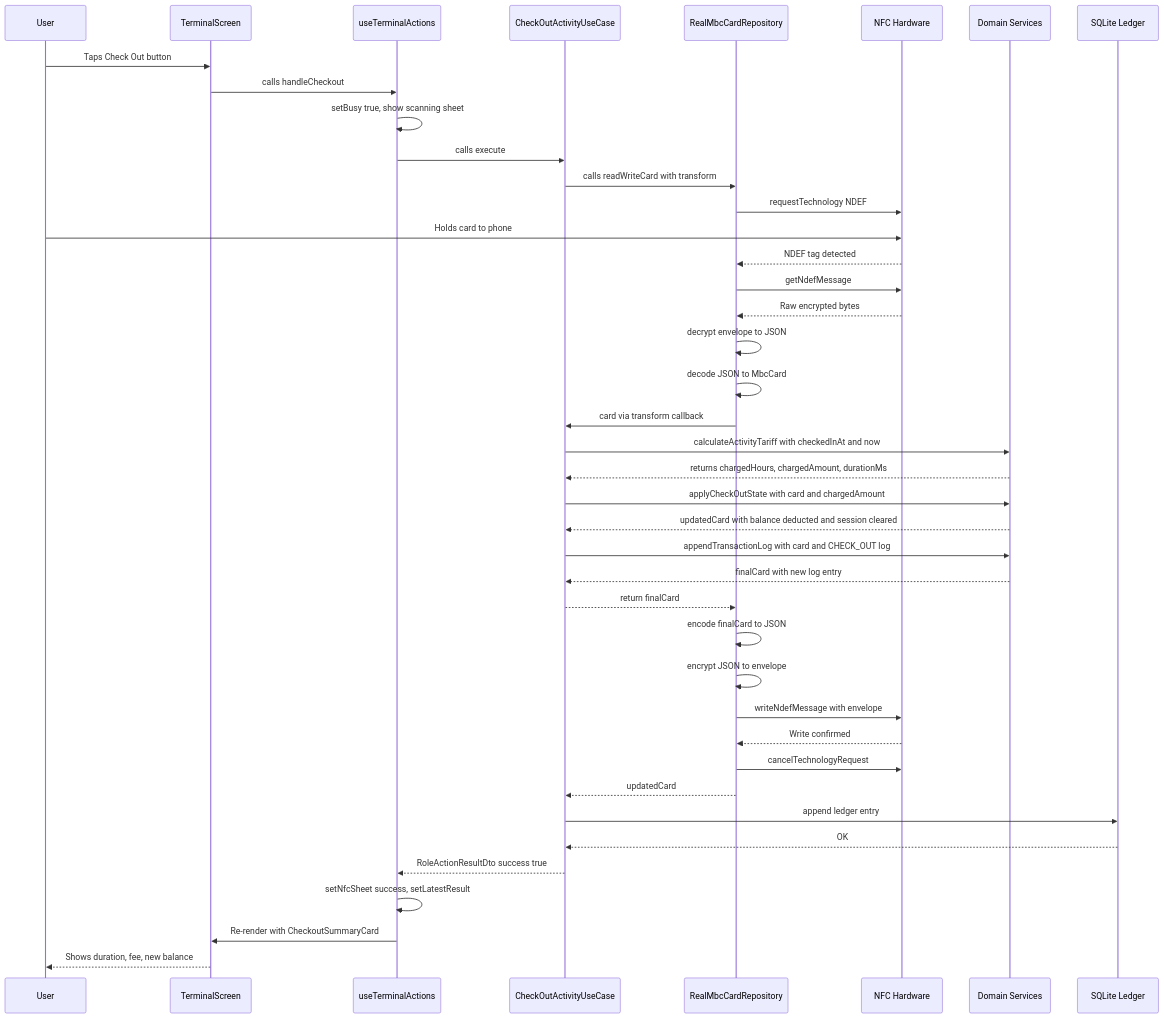
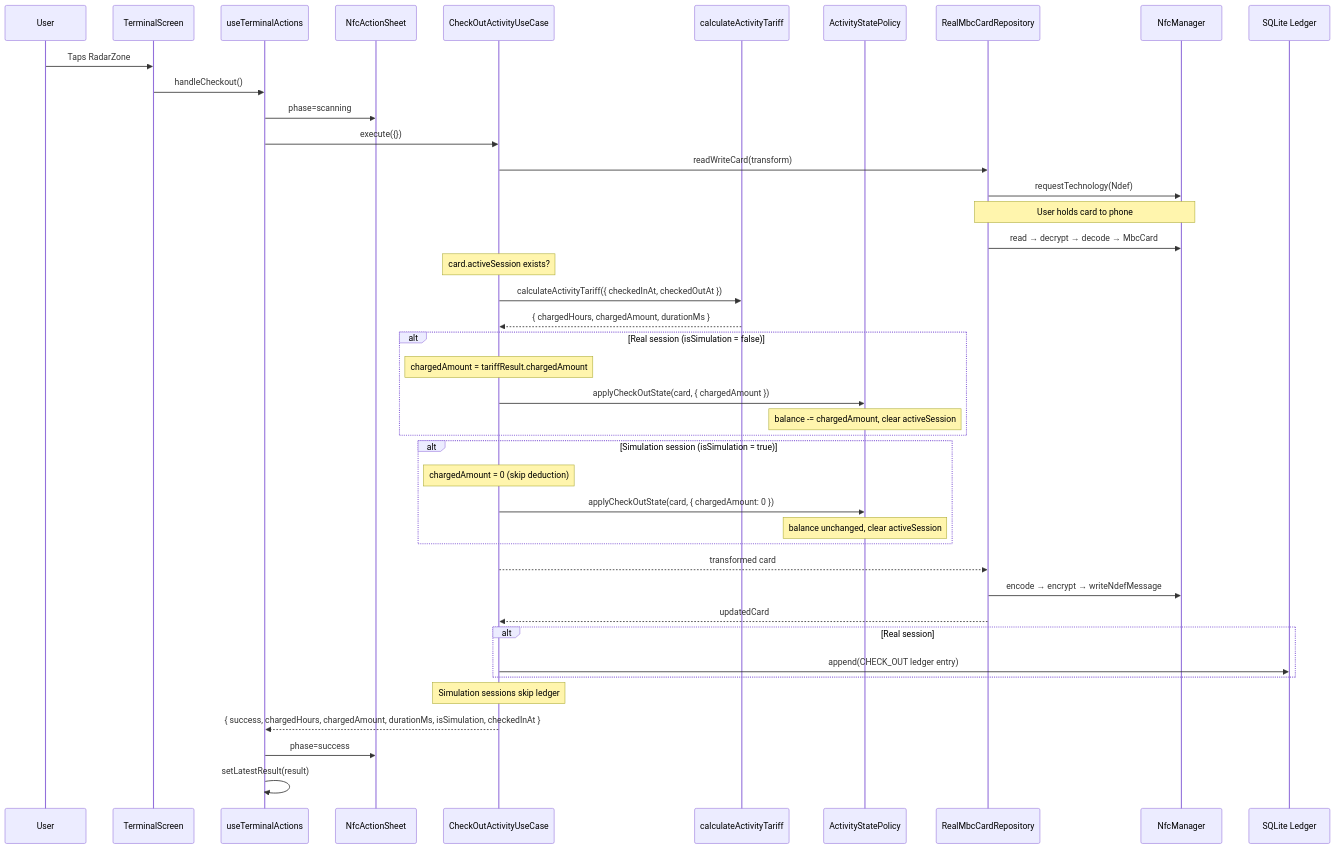
The diagram in docs/explainer/TERMINAL_CHECKOUT_FLOW.md (Schitzos/mbc-nfc), drawn with Mermaid before and after one commit. The commit also changed other lines of this file and 12 other files, not shown here.

````diff
--- a/docs/explainer/TERMINAL_CHECKOUT_FLOW.md
+++ b/docs/explainer/TERMINAL_CHECKOUT_FLOW.md
@@ -443,44 +41,53 @@
 ```mermaid
 sequenceDiagram
-    participant U as User
+    participant User
     participant UI as TerminalScreen
-    participant H as useTerminalActions
+    participant Hook as useTerminalActions
+    participant Sheet as NfcActionSheet
     participant UC as CheckOutActivityUseCase
-    participant R as RealMbcCardRepository
-    participant NFC as NFC Hardware
-    participant D as Domain Services
+    participant Tariff as calculateActivityTariff
+    participant Policy as ActivityStatePolicy
+    participant Repo as RealMbcCardRepository
+    participant NFC as NfcManager
     participant DB as SQLite Ledger
 
-    U->>UI: Taps Check Out button
-    UI->>H: calls handleCheckout
-    H->>H: setBusy true, show scanning sheet
-    H->>UC: calls execute
-    UC->>R: calls readWriteCard with transform
-    R->>NFC: requestTechnology NDEF
-    U->>NFC: Holds card to phone
-    NFC-->>R: NDEF tag detected
-    R->>NFC: getNdefMessage
-    NFC-->>R: Raw encrypted bytes
-    R->>R: decrypt envelope to JSON
-    R->>R: decode JSON to MbcCard
-    R->>UC: card via transform callback
-    UC->>D: calculateActivityTariff with checkedInAt and now
-    D-->>UC: returns chargedHours, chargedAmount, durationMs
-    UC->>D: applyCheckOutState with card and chargedAmount
-    D-->>UC: updatedCard with balance deducted and session cleared
-    UC->>D: appendTransactionLog with card and CHECK_OUT log
-    D-->>UC: finalCard with new log entry
-    UC-->>R: return finalCard
-    R->>R: encode finalCard to JSON
-    R->>R: encrypt JSON to envelope
-    R->>NFC: writeNdefMessage with envelope
-    NFC-->>R: Write confirmed
-    R->>NFC: cancelTechnologyRequest
-    R-->>UC: updatedCard
-    UC->>DB: append ledger entry
-    DB-->>UC: OK
-    UC-->>H: RoleActionResultDto success true
-    H->>H: setNfcSheet success, setLatestResult
-    H->>UI: Re-render with CheckoutSummaryCard
-    UI-->>U: Shows duration, fee, new balance
+    User->>UI: Taps RadarZone
+    UI->>Hook: handleCheckout()
+    Hook->>Sheet: phase=scanning
+
+    Hook->>UC: execute({})
+    UC->>Repo: readWriteCard(transform)
+    Repo->>NFC: requestTechnology(Ndef)
+    Note over Repo,NFC: User holds card to phone
+    Repo->>NFC: read → decrypt → decode → MbcCard
+
+    Note over UC: card.activeSession exists?
+
+    UC->>Tariff: calculateActivityTariff({ checkedInAt, checkedOutAt })
+    Tariff-->>UC: { chargedHours, chargedAmount, durationMs }
+
+    alt Real session (isSimulation = false)
+        Note over UC: chargedAmount = tariffResult.chargedAmount
+        UC->>Policy: applyCheckOutState(card, { chargedAmount })
+        Note over Policy: balance -= chargedAmount, clear activeSession
+    end
+
+    alt Simulation session (isSimulation = true)
+        Note over UC: chargedAmount = 0 (skip deduction)
+        UC->>Policy: applyCheckOutState(card, { chargedAmount: 0 })
+        Note over Policy: balance unchanged, clear activeSession
+    end
+
+    UC-->>Repo: transformed card
+    Repo->>NFC: encode → encrypt → writeNdefMessage
+    Repo-->>UC: updatedCard
+
+    alt Real session
+        UC->>DB: append(CHECK_OUT ledger entry)
+    end
+    Note over UC: Simulation sessions skip ledger
+
+    UC-->>Hook: { success, chargedHours, chargedAmount, durationMs, isSimulation, checkedInAt }
+    Hook->>Sheet: phase=success
+    Hook->>Hook: setLatestResult(result)
 ```
````
